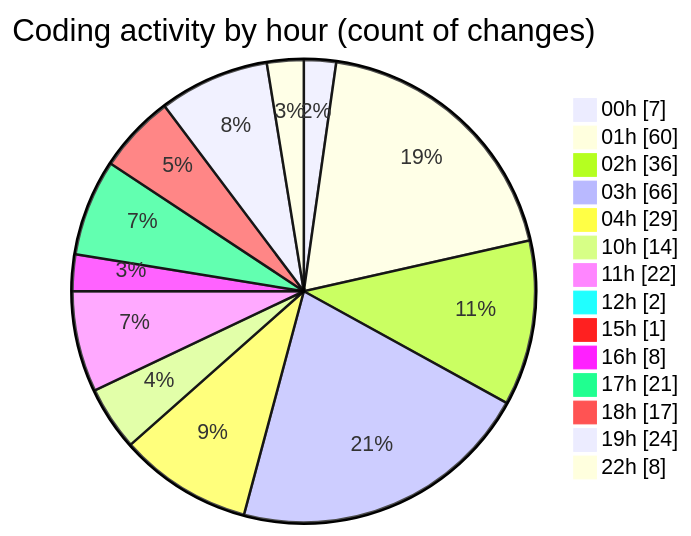
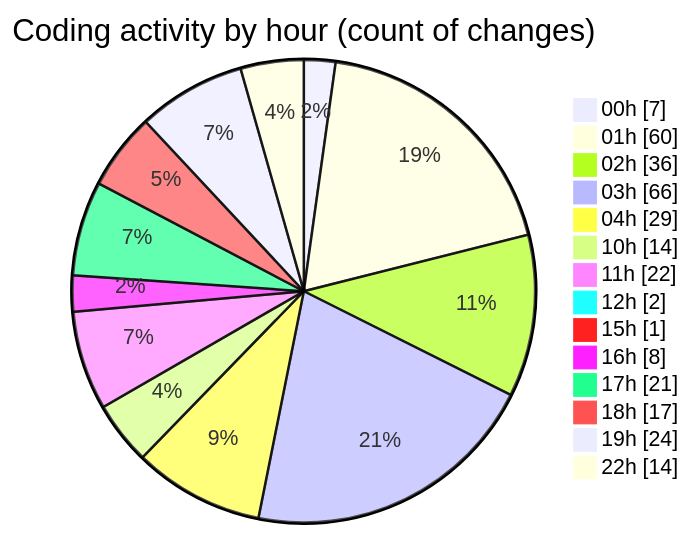
The second of 2 diagrams in 2025-10-07/eventscop-frontend-guide__workspace_/README.md (julien-gomy/code-tracking), drawn with Mermaid before and after one commit. The commit also changed other lines of this file and 1 other file, not shown here.

````diff
--- a/2025-10-07/eventscop-frontend-guide__workspace_/README.md
+++ b/2025-10-07/eventscop-frontend-guide__workspace_/README.md
@@ -115,18 +117,18 @@
 ```mermaid
 pie showData
 title Coding activity by hour (count of changes)
 "00h" : 7
 "01h" : 60
 "02h" : 36
 "03h" : 66
 "04h" : 29
 "10h" : 14
 "11h" : 22
 "12h" : 2
 "15h" : 1
 "16h" : 8
 "17h" : 21
 "18h" : 17
 "19h" : 24
-"22h" : 8
+"22h" : 14
 ```
````
